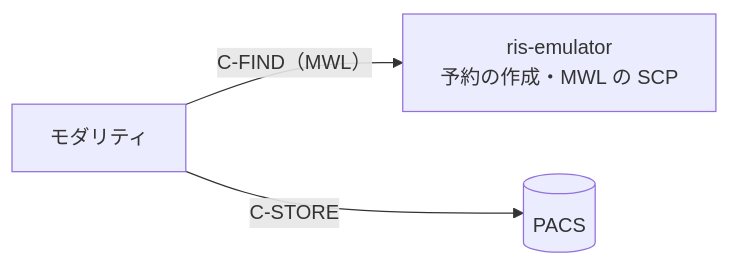
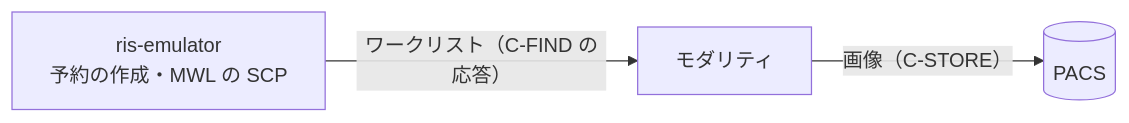
One commit to jeysunit/ris-emulator changed the diagram in README.md. Above: the diagram before and after it, drawn with Mermaid. The commit also changed 2 other files, not shown here.

Commit message:
docs: 図の矢印をデータが流れる向きにし、ラベルを流れるものにする
- README の図：モダリティから RIS への C-FIND の矢印を、RIS からモダリティへの
  「ワークリスト（C-FIND の応答）」にする。モダリティから PACS へは「画像（C-STORE）」
- architecture.md の図：Web 画面・CLI と SQLite は「予約（読み書き）」の双方向、
  SQLite から MWL の SCP へ「予約」、MWL の SCP からモダリティへ「ワークリスト（C-FIND の応答）」
- docs/README.md の「書き方」に、図の矢印とラベルの規則を1行追加する

Claude-Session: https://claude.ai/code/session_01DcA3jMCoXaGxhZmortBwLG

````diff
--- a/README.md
+++ b/README.md
@@ -10,8 +10,8 @@
 ```mermaid
 flowchart LR
   RIS["ris-emulator<br/>予約の作成・MWL の SCP"]
   MOD["モダリティ"]
   PACS[("PACS")]
-  MOD -- "C-FIND（MWL）" --> RIS
-  MOD -- "C-STORE" --> PACS
+  RIS -->|"ワークリスト（C-FIND の応答）"| MOD
+  MOD -->|"画像（C-STORE）"| PACS
 ```
````
